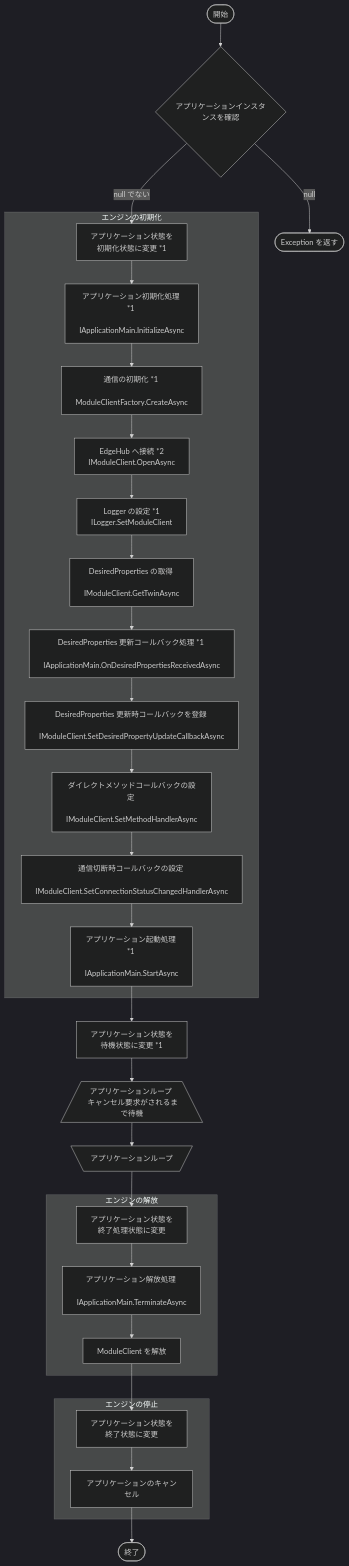
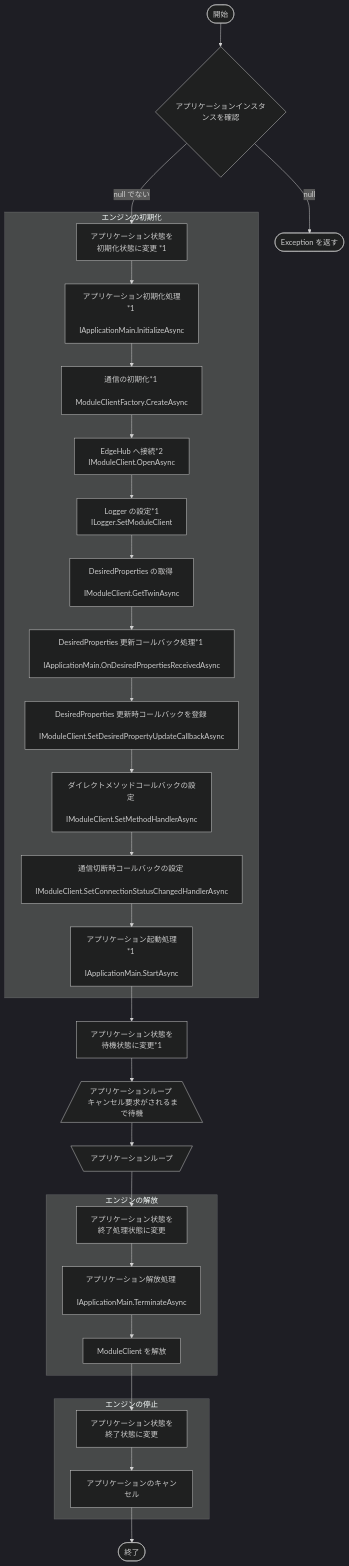
Before and after one commit to Project-GAUDI/GAUDI-Commons: the first of 5 diagrams in src/docs/internal-spec.md, drawn with Mermaid (dark theme). The commit also changed other lines of this file and 111 other files, not shown here.

```diff
--- a/src/docs/internal-spec.md
+++ b/src/docs/internal-spec.md
@@ -13,54 +13,54 @@
 :::mermaid
 flowchart TD
 Start(["開始"])
 Start-->S1
 S1{"アプリケーションインスタンスを確認"}
 S1-->|null|Exception
 S1-->|null でない|A1
 subgraph "エンジンの初期化"
 A1["アプリケーション状態を <br> 初期化状態に変更 *1"]
 A1-->A2
-A2["アプリケーション初期化処理 *1 <br> IApplicationMain.InitializeAsync"]
+A2["アプリケーション初期化処理*1 <br> IApplicationMain.InitializeAsync"]
 A2-->A3
-A3["通信の初期化 *1 <br> ModuleClientFactory.CreateAsync"]
+A3["通信の初期化*1 <br> ModuleClientFactory.CreateAsync"]
 A3-->A4
-A4["EdgeHub へ接続 *2 <br> IModuleClient.OpenAsync"]
+A4["EdgeHub へ接続*2 <br> IModuleClient.OpenAsync"]
 A4-->A5
-A5["Logger の設定 *1 <br> ILogger.SetModuleClient"]
+A5["Logger の設定*1 <br> ILogger.SetModuleClient"]
 A5-->A7
 A7["DesiredProperties の取得 <br> IModuleClient.GetTwinAsync"]
 A7-->A8
-A8["DesiredProperties 更新コールバック処理 *1 <br> IApplicationMain.OnDesiredPropertiesReceivedAsync"]
+A8["DesiredProperties 更新コールバック処理*1 <br> IApplicationMain.OnDesiredPropertiesReceivedAsync"]
 A8-->A9
 A9["DesiredProperties 更新時コールバックを登録 <br> IModuleClient.SetDesiredPropertyUpdateCallbackAsync"]
 A9-->A10
 A10["ダイレクトメソッドコールバックの設定 <br> IModuleClient.SetMethodHandlerAsync"]
 A10-->A11
 A11["通信切断時コールバックの設定 <br> IModuleClient.SetConnectionStatusChangedHandlerAsync"]
 A11-->A12
-A12["アプリケーション起動処理 *1 <br> IApplicationMain.StartAsync"]
+A12["アプリケーション起動処理*1 <br> IApplicationMain.StartAsync"]
 end
 A12-->B1
-B1["アプリケーション状態を <br> 待機状態に変更 *1"]
+B1["アプリケーション状態を <br> 待機状態に変更*1"]
 B1-->LoopStart
 LoopStart[/"アプリケーションループ <br> キャンセル要求がされるまで待機"\]
 LoopStart-->LoopEnd
 LoopEnd[\"アプリケーションループ"/]
 LoopEnd-->C1
 subgraph "エンジンの解放"
 C1["アプリケーション状態を <br> 終了処理状態に変更"]
 C1-->C2
 C2["アプリケーション解放処理 <br> IApplicationMain.TerminateAsync"]
 C2-->C3
 C3["ModuleClient を解放"]
 end
 subgraph "エンジンの停止"
 C3-->D1
 D1["アプリケーション状態を <br> 終了状態に変更"]
 D1-->D2
 D2["アプリケーションのキャンセル"]
 end
 D2-->Finish
 Finish(["終了"])
 Exception(["Exception を返す"])
 :::
```
